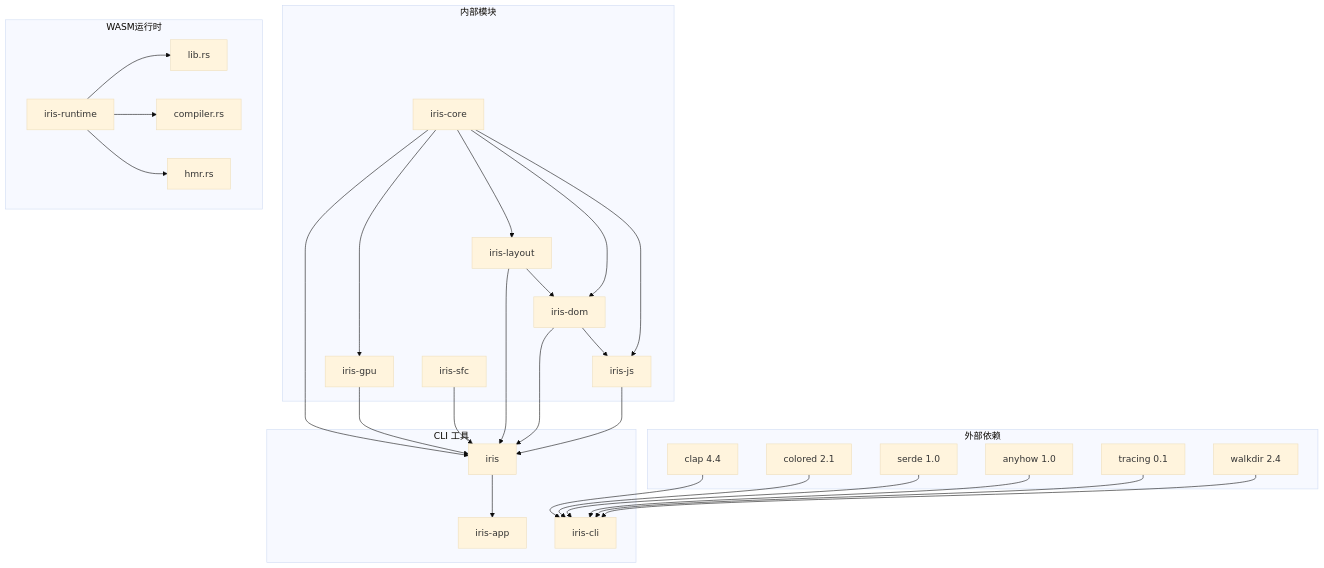
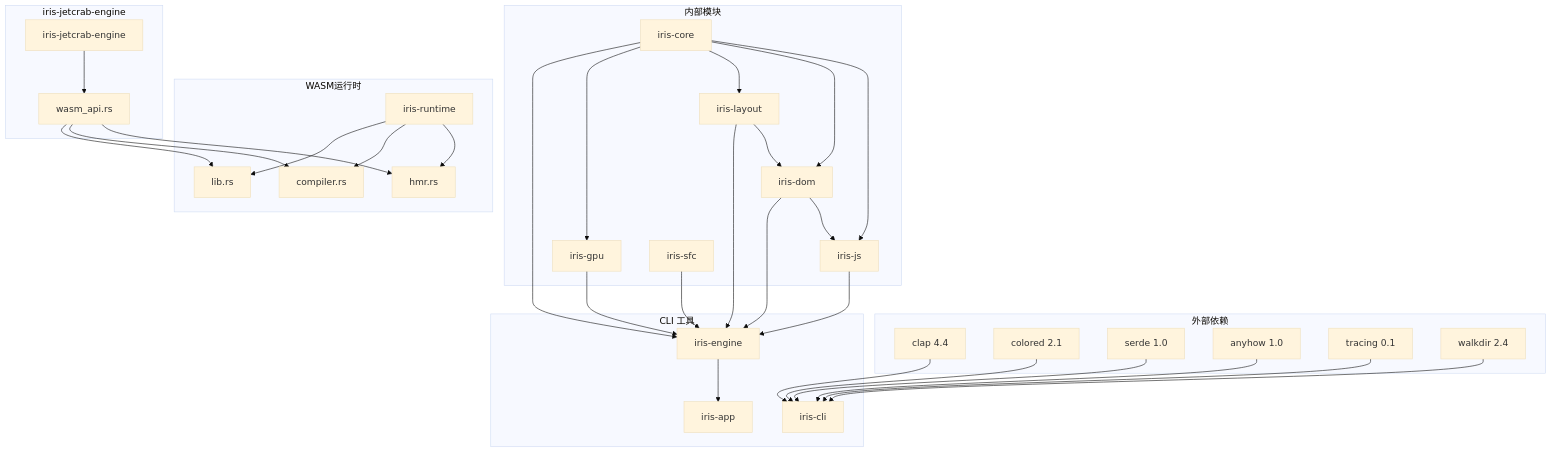
Before and after one commit to itszzl-sudo/iris: diagram 13 of 13 in .qoder/repowiki/zh/content/核心功能特性/工程化与商业化能力/测试框架与基础设施/Iris Runtime CLI工具.md, drawn with Mermaid (base theme). The commit also changed other lines of this file and 11 other files, not shown here.

First line of the commit message:
feat: 实现 iris-jetcrab-engine WASM 导出接口

````diff
--- a/.qoder/repowiki/zh/content/核心功能特性/工程化与商业化能力/测试框架与基础设施/Iris Runtime CLI工具.md
+++ b/.qoder/repowiki/zh/content/核心功能特性/工程化与商业化能力/测试框架与基础设施/Iris Runtime CLI工具.md
@@ -594,52 +622,60 @@
 ```mermaid
 graph TB
 subgraph "外部依赖"
 Clap[clap 4.4]
 Colored[colored 2.1]
 Serde[serde 1.0]
 Anyhow[anyhow 1.0]
 Tracing[tracing 0.1]
 WalkDir[walkdir 2.4]
 end
 subgraph "内部模块"
 IrisCore[iris-core]
 IrisGPU[iris-gpu]
 IrisLayout[iris-layout]
 IrisDOM[iris-dom]
 IrisJS[iris-js]
 IrisSFC[iris-sfc]
 end
 subgraph "CLI 工具"
 IrisCLI[iris-cli]
-IrisEngine[iris]
+IrisEngine[iris-engine]
 IrisApp[iris-app]
 end
 subgraph "WASM运行时"
 WASMRuntime[iris-runtime]
 WASMLib[lib.rs]
 WASMCompiler[compiler.rs]
 WASMHMR[hmr.rs]
+end
+subgraph "iris-jetcrab-engine"
+JetCrabEngine[iris-jetcrab-engine]
+WASMEAPI[wasm_api.rs]
 end
 Clap --> IrisCLI
 Colored --> IrisCLI
 Serde --> IrisCLI
 Anyhow --> IrisCLI
 Tracing --> IrisCLI
 WalkDir --> IrisCLI
 IrisCore --> IrisEngine
 IrisGPU --> IrisEngine
 IrisLayout --> IrisEngine
 IrisDOM --> IrisEngine
 IrisJS --> IrisEngine
 IrisSFC --> IrisEngine
 IrisEngine --> IrisApp
 IrisCore --> IrisGPU
 IrisCore --> IrisLayout
 IrisCore --> IrisDOM
 IrisCore --> IrisJS
 IrisLayout --> IrisDOM
 IrisDOM --> IrisJS
 WASMRuntime --> WASMLib
 WASMRuntime --> WASMCompiler
 WASMRuntime --> WASMHMR
+JetCrabEngine --> WASMEAPI
+WASMEAPI --> WASMLib
+WASMEAPI --> WASMCompiler
+WASMEAPI --> WASMHMR
 ```
````
